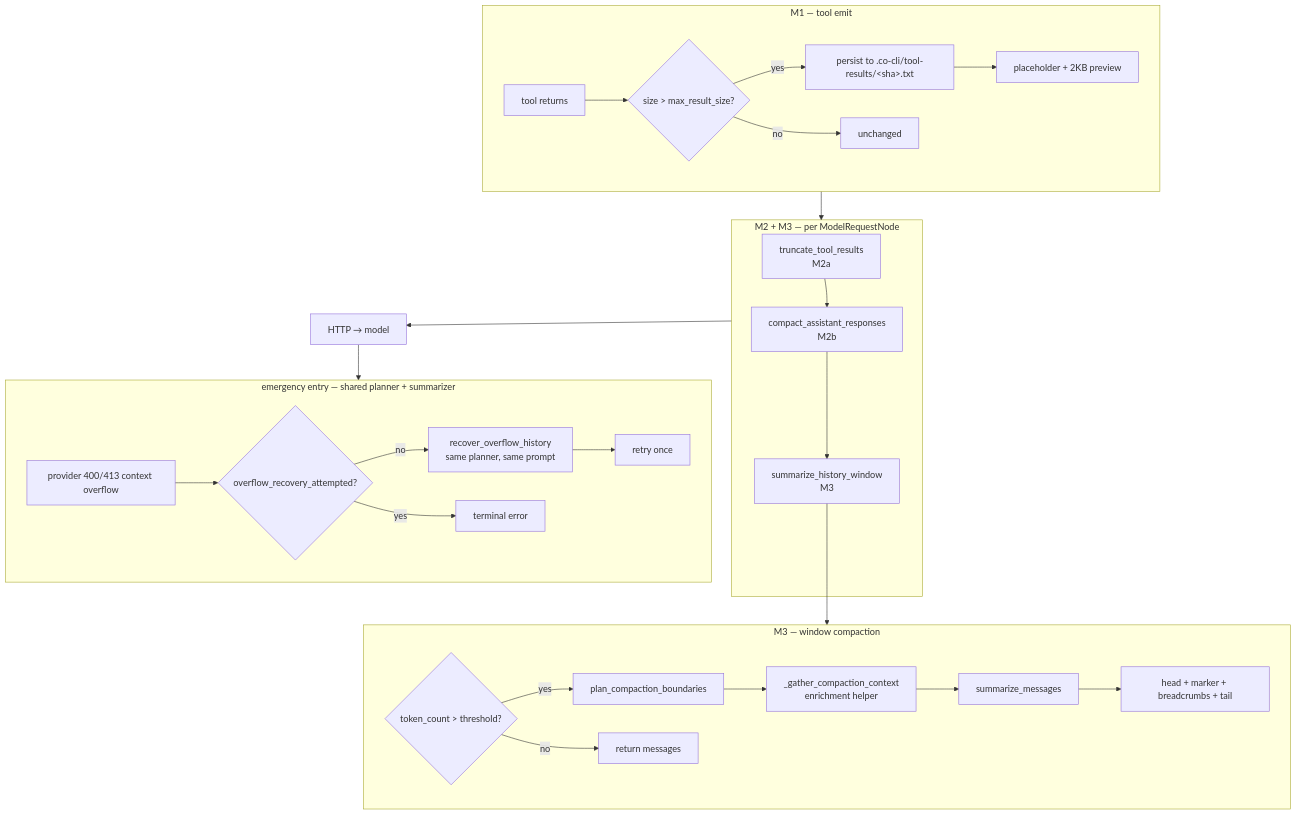
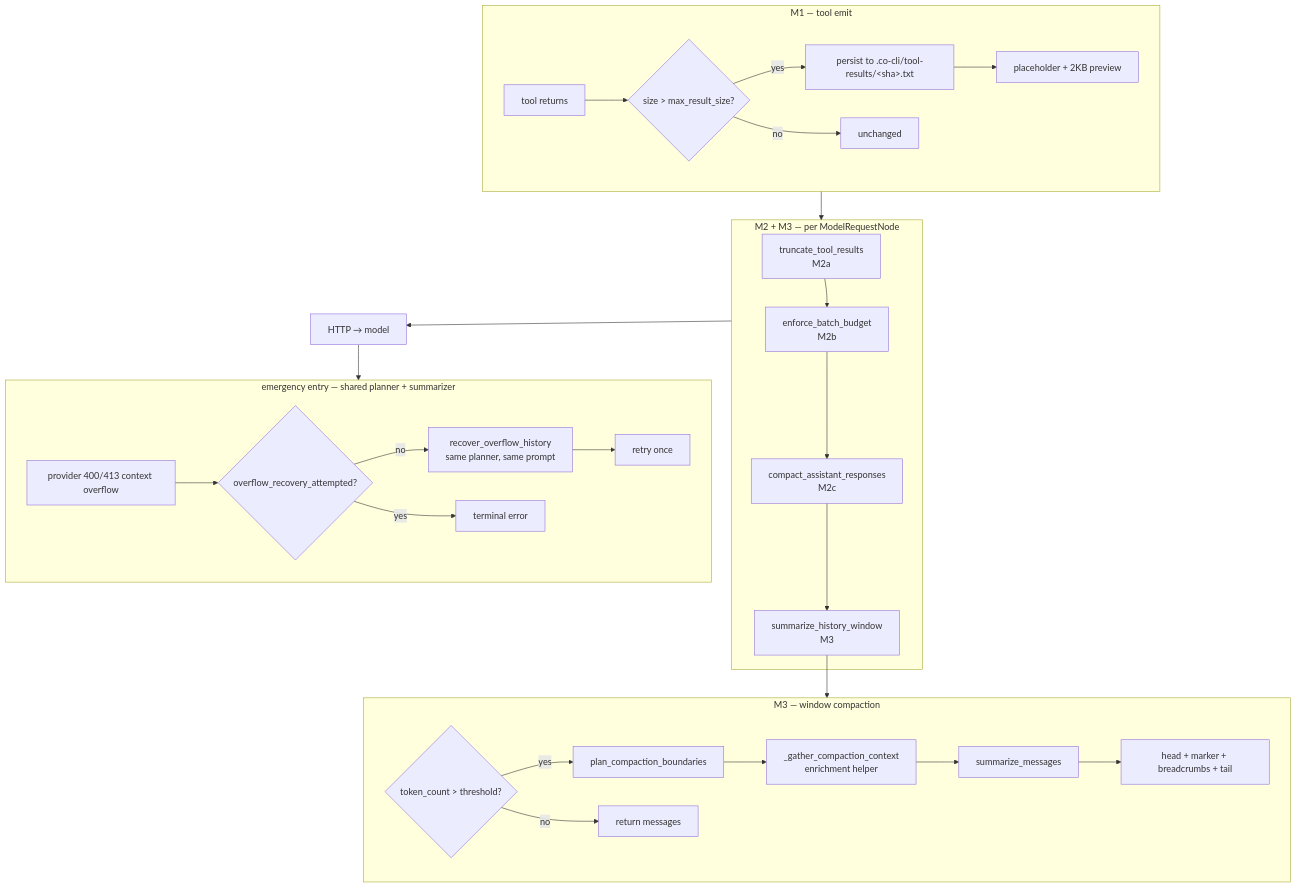
One commit to binlecode/co-cli changed the first of 7 diagrams in docs/specs/compaction.md. Above: the diagram before and after it, drawn with Mermaid. The commit also changed other lines of this file and 24 other files, not shown here.

First line of the commit message:
feat: compaction foundation — config-sourced thresholds, batch budget enforcement (v0.7.248)

````diff
--- a/docs/specs/compaction.md
+++ b/docs/specs/compaction.md
@@ -58,42 +58,43 @@
 ```mermaid
 flowchart TD
     subgraph Emit["M1 — tool emit"]
         T[tool returns]
         T --> S{size &gt; max_result_size?}
         S -->|yes| P[persist to .co-cli/tool-results/&lt;sha&gt;.txt]
         P --> Ph[placeholder + 2KB preview]
         S -->|no| Pass[unchanged]
     end
 
     subgraph PerReq["M2 + M3 — per ModelRequestNode"]
         R1[truncate_tool_results<br/>M2a]
-        R2[compact_assistant_responses<br/>M2b]
+        R1b[enforce_batch_budget<br/>M2b]
+        R2[compact_assistant_responses<br/>M2c]
         R5[summarize_history_window<br/>M3]
-        R1 --> R2 --> R5
+        R1 --> R1b --> R2 --> R5
     end
 
     subgraph Window["M3 — window compaction"]
         T1{token_count &gt; threshold?}
         T2[plan_compaction_boundaries]
         T3[_gather_compaction_context<br/>enrichment helper]
         T4[summarize_messages]
         T5[head + marker + breadcrumbs + tail]
         T1 -->|yes| T2 --> T3 --> T4 --> T5
         T1 -->|no| Pass2[return messages]
     end
 
     subgraph Overflow["emergency entry — shared planner + summarizer"]
         O1[provider 400/413 context overflow]
         O2{overflow_recovery_attempted?}
         O3[recover_overflow_history<br/>same planner, same prompt]
         O4[retry once]
         O1 --> O2
         O2 -->|no| O3 --> O4
         O2 -->|yes| O6[terminal error]
     end
 
     Emit --> PerReq
     R5 --> Window
     PerReq --> HTTP[HTTP → model]
     HTTP --> Overflow
 ```
````
